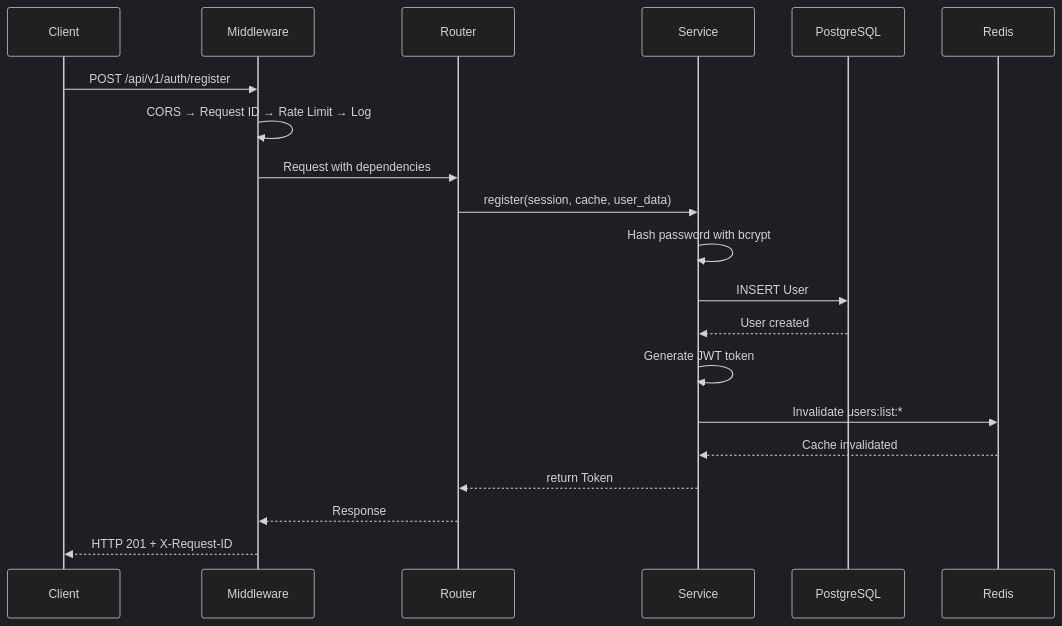
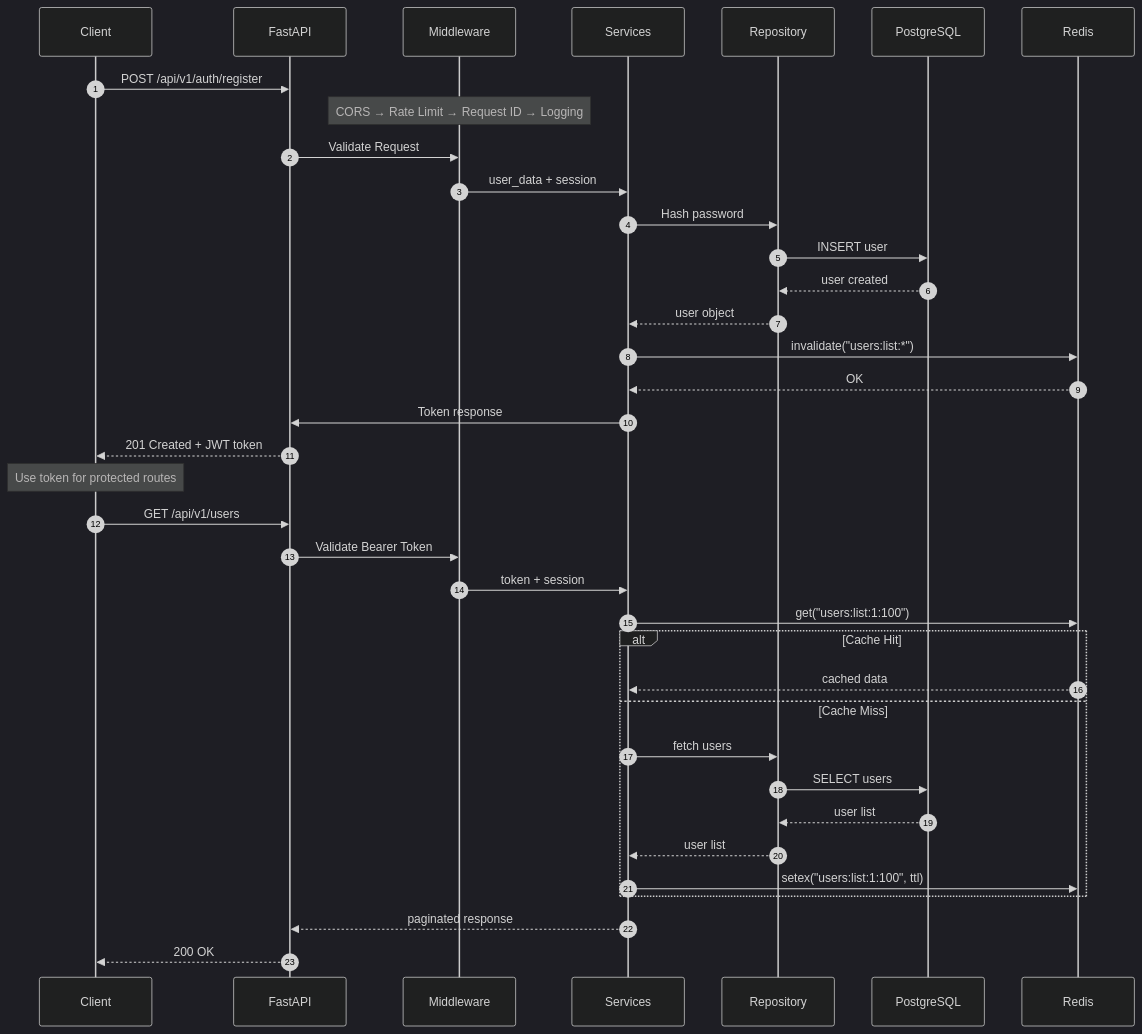
Before and after one commit to anqorithm/user-crud-api: the second of 5 diagrams in README.md, drawn with Mermaid (dark theme). The commit also changed other lines of this file, not shown here.

Commit message:
docs: improve README diagrams and remove emojis

````diff
--- a/README.md
+++ b/README.md
@@ -84,23 +80,48 @@
 ```mermaid
 sequenceDiagram
+    autonumber
     participant C as Client
-    participant M as Middleware
-    participant R as Router
-    participant S as Service
-    participant DB as PostgreSQL
+    participant API as FastAPI
+    participant MW as Middleware
+    participant Svc as Services
+    participant Repo as Repository
+    participant PG as PostgreSQL
     participant Cache as Redis
 
-    C->>M: POST /api/v1/auth/register
-    M->>M: CORS → Request ID → Rate Limit → Log
-    M->>R: Request with dependencies
-    R->>S: register(session, cache, user_data)
-    S->>S: Hash password with bcrypt
-    S->>DB: INSERT User
-    DB-->>S: User created
-    S->>S: Generate JWT token
-    S->>Cache: Invalidate users:list:*
-    Cache-->>S: Cache invalidated
-    S-->>R: return Token
-    R-->>M: Response
-    M-->>C: HTTP 201 + X-Request-ID
+    C->>API: POST /api/v1/auth/register
+    Note over MW: CORS → Rate Limit → Request ID → Logging
+
+    API->>MW: Validate Request
+    MW->>Svc: user_data + session
+    Svc->>Repo: Hash password
+
+    Repo->>PG: INSERT user
+    PG-->>Repo: user created
+    Repo-->>Svc: user object
+
+    Svc->>Cache: invalidate("users:list:*")
+    Cache-->>Svc: OK
+
+    Svc->>API: Token response
+    API-->>C: 201 Created + JWT token
+
+    Note over C: Use token for protected routes
+
+    C->>API: GET /api/v1/users
+    API->>MW: Validate Bearer Token
+    MW->>Svc: token + session
+    Svc->>Cache: get("users:list:1:100")
+    
+    alt Cache Hit
+        Cache-->>Svc: cached data
+    else Cache Miss
+        Svc->>Repo: fetch users
+        Repo->>PG: SELECT users
+        PG-->>Repo: user list
+        Repo-->>Svc: user list
+        Svc->>Cache: setex("users:list:1:100", ttl)
+    end
+
+    Svc-->>API: paginated response
+    API-->>C: 200 OK
 ```
````
